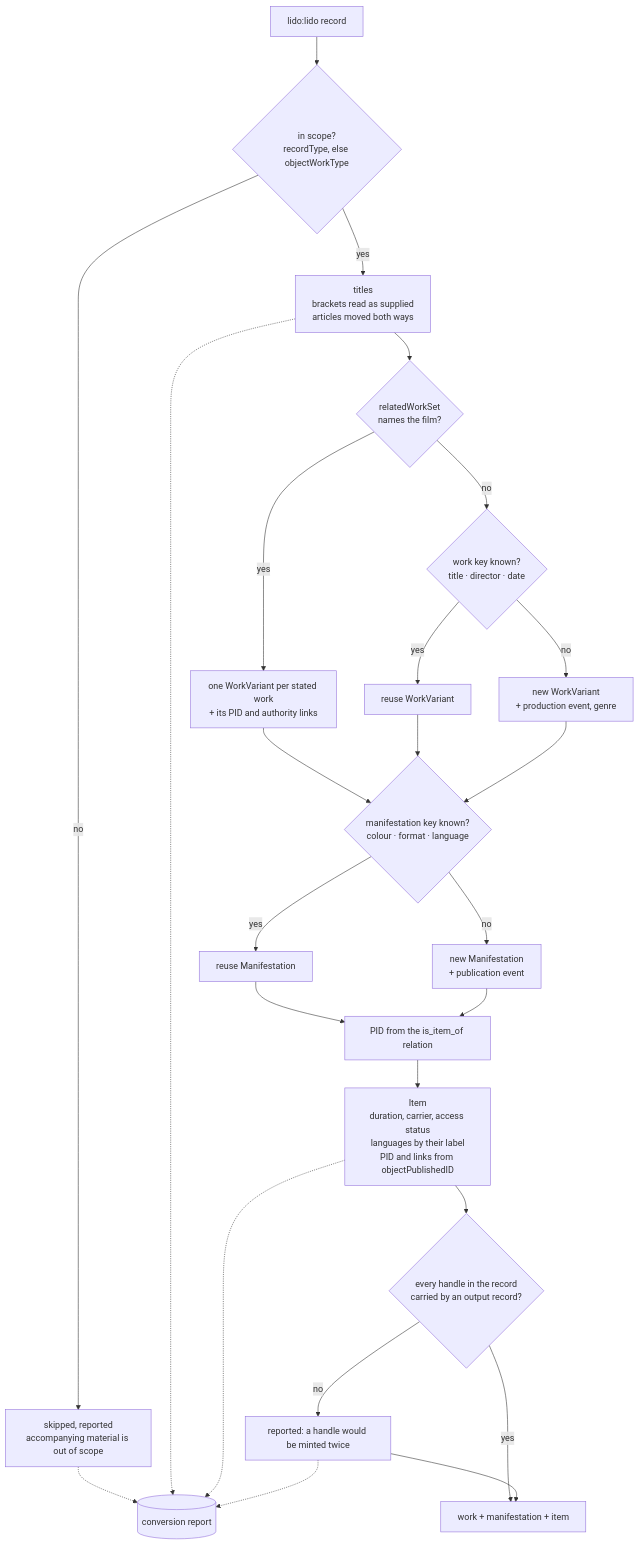
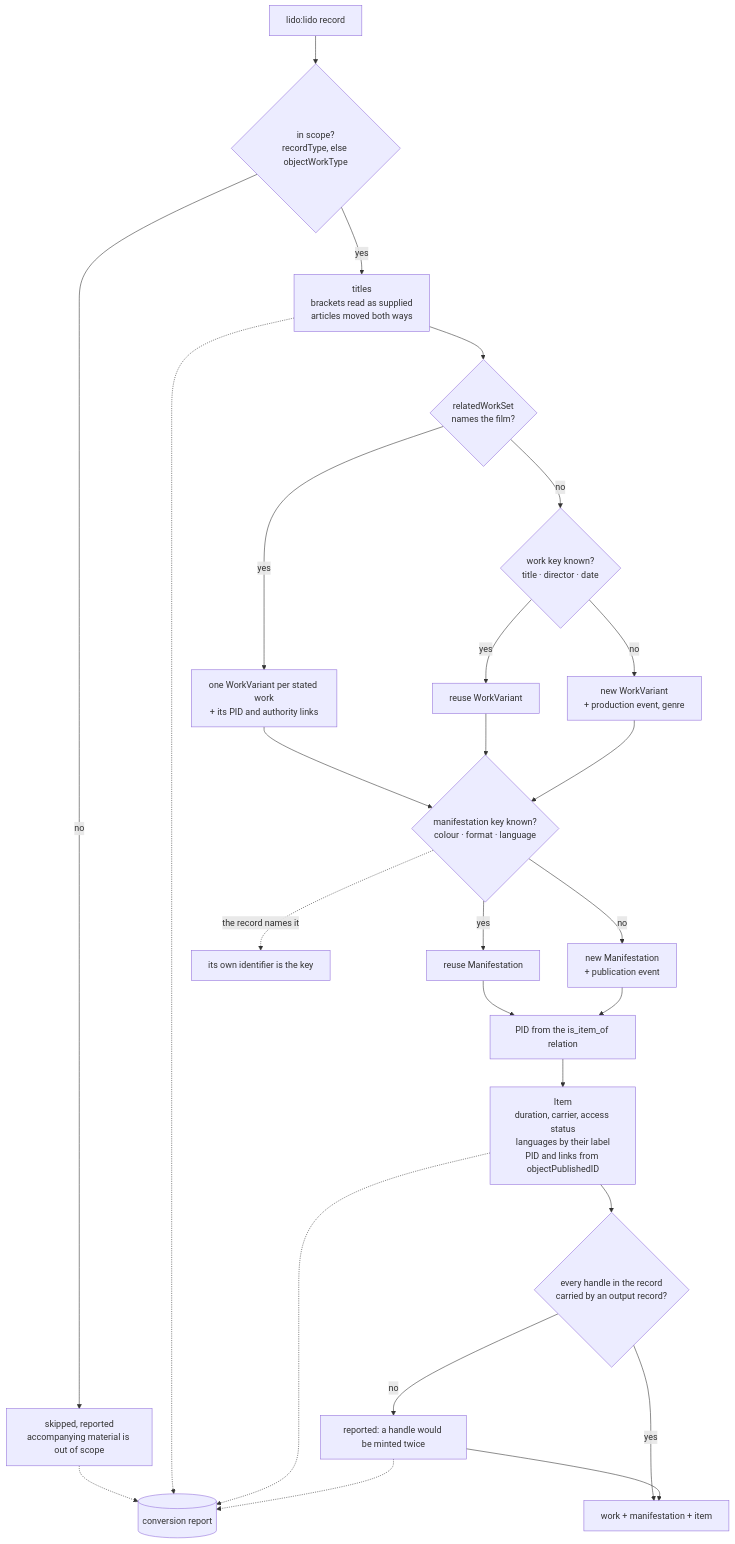
One commit to andreaskasper/avefi-converter changed the diagram in src/efi_conv/lido/README.md. Above: the diagram before and after it, drawn with Mermaid. The commit also changed other lines of this file and 10 other files, not shown here.

First line of the commit message:
lido: read who issued an identifier, and let the manifestation say which copies are its own (#2)

````diff
--- a/src/efi_conv/lido/README.md
+++ b/src/efi_conv/lido/README.md
@@ -15,27 +15,28 @@
 ```mermaid
 flowchart TD
     IN["lido:lido record"] --> SC{"in scope?<br/>recordType, else objectWorkType"}
     SC -->|no| SKIP["skipped, reported<br/>accompanying material is out of scope"]
     SC -->|yes| T["titles<br/>brackets read as supplied<br/>articles moved both ways"]
     T --> RW{"relatedWorkSet<br/>names the film?"}
     RW -->|yes| STATED["one WorkVariant per stated work<br/>+ its PID and authority links"]
     RW -->|no| WK{"work key known?<br/>title · director · date"}
     WK -->|yes| REUSE["reuse WorkVariant"]
     WK -->|no| NEW["new WorkVariant<br/>+ production event, genre"]
     STATED --> MK
     REUSE --> MK
     NEW --> MK{"manifestation key known?<br/>colour · format · language"}
     MK -->|yes| MREUSE["reuse Manifestation"]
     MK -->|no| MNEW["new Manifestation<br/>+ publication event"]
+    MK -.->|"the record names it"| MPID["its own identifier is the key"]
     MREUSE --> MP["PID from the is_item_of relation"]
     MNEW --> MP
     MP --> IT["Item<br/>duration, carrier, access status<br/>languages by their label<br/>PID and links from objectPublishedID"]
     IT --> CK{"every handle in the record<br/>carried by an output record?"}
     CK -->|no| LOST["reported: a handle would be minted twice"]
     CK -->|yes| OUT["work + manifestation + item"]
     LOST --> OUT
     SKIP -.-> REP[("conversion report")]
     T -.-> REP
     IT -.-> REP
     LOST -.-> REP
 ```
````
